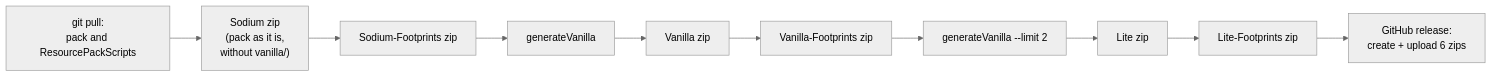
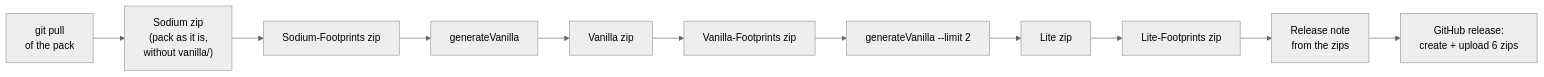
Before and after one commit to MCME/ResourcePackScripts: the third of 3 diagrams in docs/release-pipeline.md, drawn with Mermaid (neutral theme). The commit also changed other lines of this file and 6 other files, not shown here.

First line of the commit message:
docs: The release scripts, the launcher and the wrapper are in this repository now

````diff
--- a/docs/release-pipeline.md
+++ b/docs/release-pipeline.md
@@ -162,10 +183,10 @@
 ```mermaid
 flowchart LR
-    pull["git pull:<br/>pack and ResourcePackScripts"] --> sodium["Sodium zip<br/>(pack as it is,<br/>without vanilla/)"]
+    pull["git pull<br/>of the pack"] --> sodium["Sodium zip<br/>(pack as it is,<br/>without vanilla/)"]
     sodium --> sfp["Sodium-Footprints zip"]
     sfp --> gen1["generateVanilla"]
     gen1 --> vanilla["Vanilla zip"] --> vfp["Vanilla-Footprints zip"]
     vfp --> gen2["generateVanilla --limit 2"]
     gen2 --> lite["Lite zip"] --> lfp["Lite-Footprints zip"]
-    lfp --> gh["GitHub release:<br/>create + upload 6 zips"]
+    lfp --> note["Release note<br/>from the zips"] --> gh["GitHub release:<br/>create + upload 6 zips"]
 ```
````
